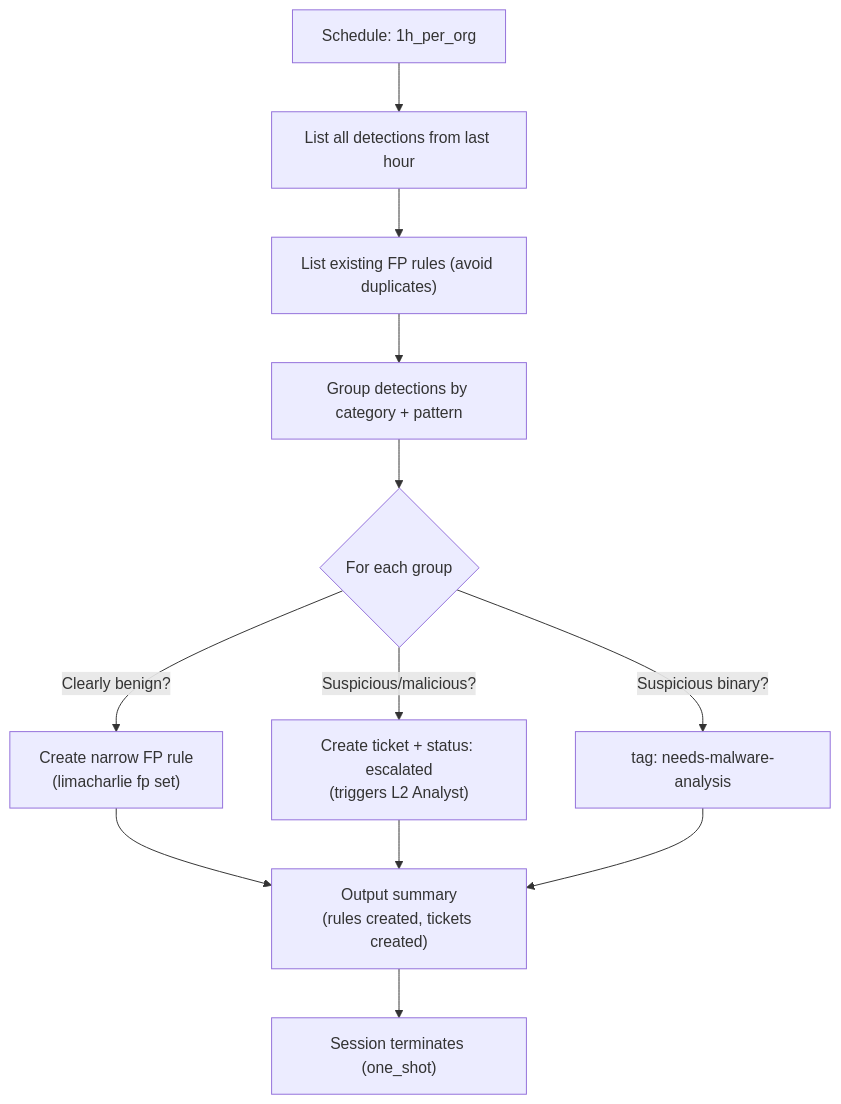
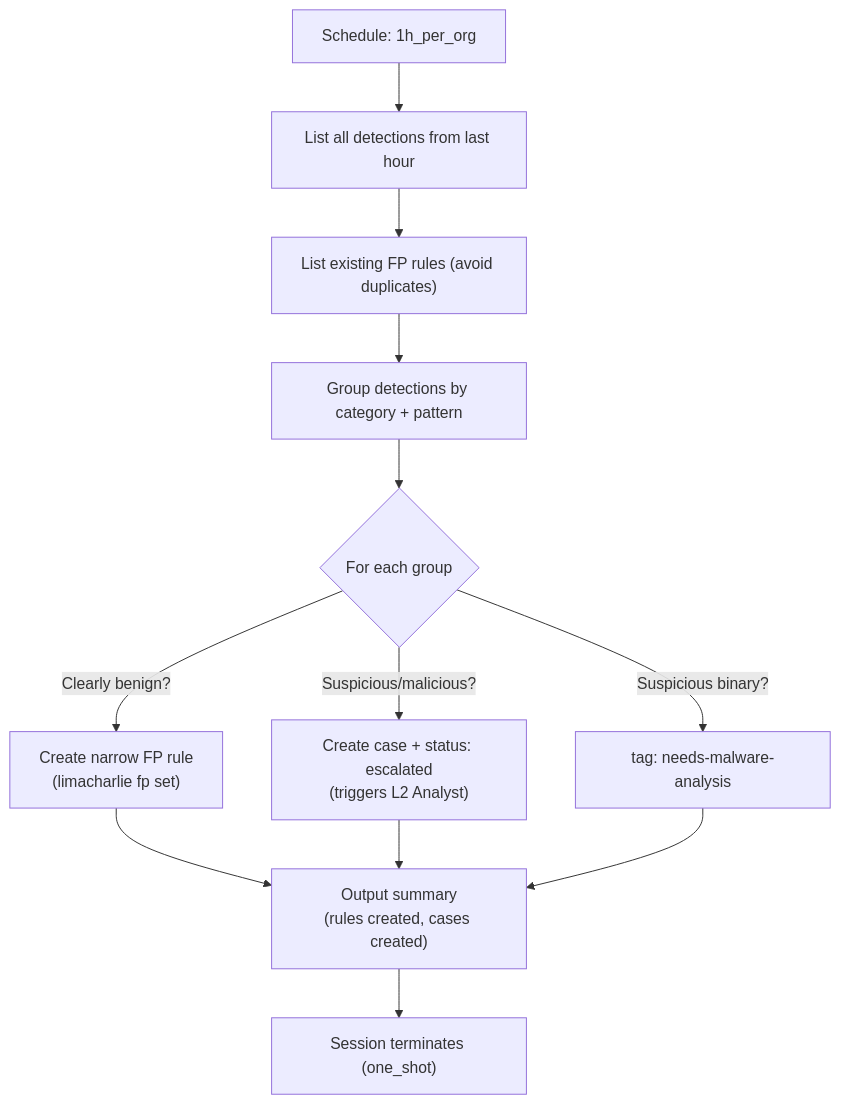
The diagram in lc-soc/baselining-soc/bulk-triage/README.md (refractionPOINT/lc-ai), drawn with Mermaid before and after one commit. The commit also changed other lines of this file and 74 other files, not shown here.

First line of the commit message:
Rename ticket→case in AI agent configs

````diff
--- a/lc-soc/baselining-soc/bulk-triage/README.md
+++ b/lc-soc/baselining-soc/bulk-triage/README.md
@@ -7,14 +7,14 @@
 ```mermaid
 flowchart TD
     trigger["Schedule: 1h_per_org"] --> list["List all detections from last hour"]
     list --> fp["List existing FP rules (avoid duplicates)"]
     fp --> group["Group detections by category + pattern"]
     group --> each{For each group}
     each -->|Clearly benign?| fprule["Create narrow FP rule<br/>(limacharlie fp set)"]
-    each -->|"Suspicious/malicious?"| ticket["Create ticket + status: escalated<br/>(triggers L2 Analyst)"]
+    each -->|"Suspicious/malicious?"| case["Create case + status: escalated<br/>(triggers L2 Analyst)"]
     each -->|Suspicious binary?| malware["tag: needs-malware-analysis"]
-    fprule --> summary["Output summary<br/>(rules created, tickets created)"]
-    ticket --> summary
+    fprule --> summary["Output summary<br/>(rules created, cases created)"]
+    case --> summary
     malware --> summary
     summary --> done["Session terminates (one_shot)"]
 ```
````
